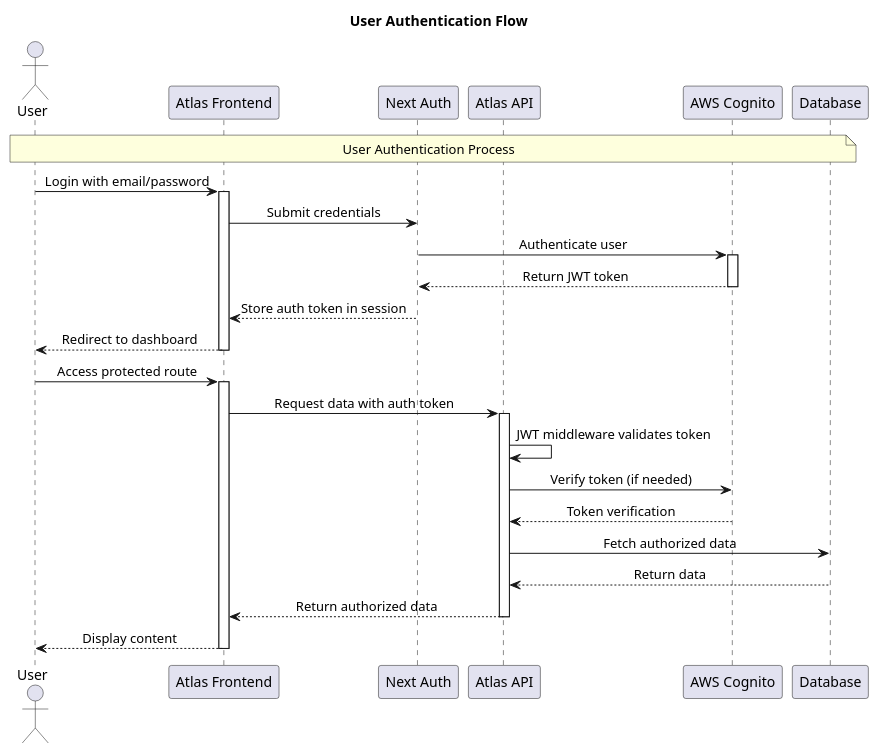
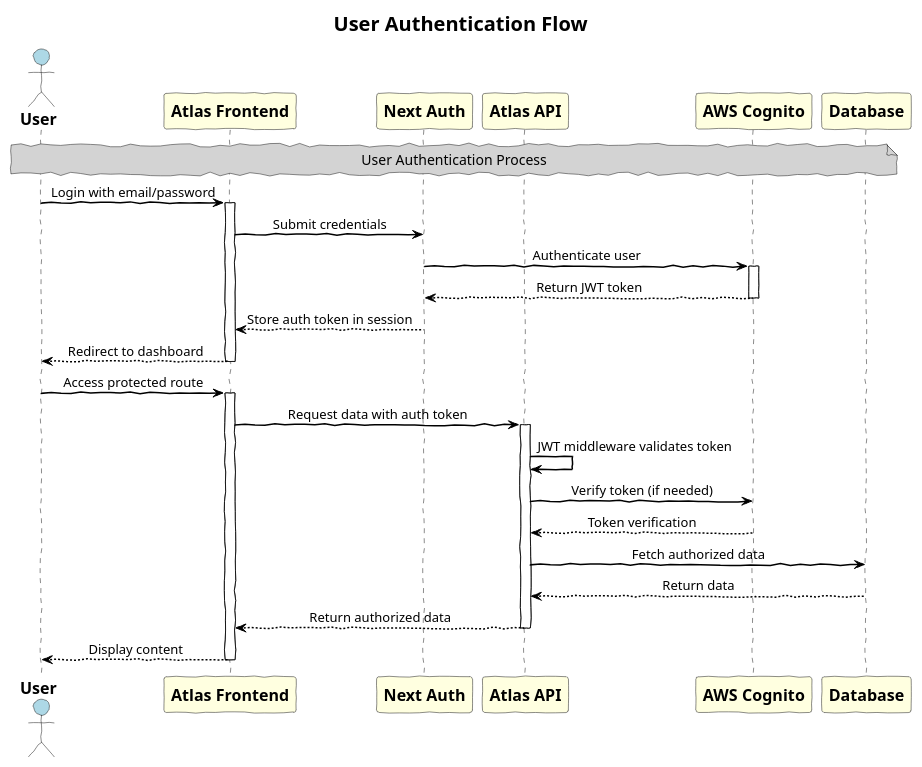
Before and after one commit to k-g-j/ll-sequence-diagrams: the diagram in plantuml-diagrams/atlas-auth-flow.puml, drawn with PlantUML. The commit also changed 10 other files, not shown here.

Commit message:
Update PlantUML diagrams with handwritten style and improved readability

```diff
--- a/plantuml-diagrams/atlas-auth-flow.puml
+++ b/plantuml-diagrams/atlas-auth-flow.puml
@@ -1,41 +1,59 @@
 @startuml
+' Use handwritten style with improved fonts and spacing
 skinparam sequenceMessageAlign center
 skinparam backgroundColor white
-skinparam handwritten false
+skinparam handwritten true
+skinparam defaultTextAlignment center
+
+' Fix fonts and arrow styling
+skinparam ArrowColor black
+skinparam ArrowThickness 1.5
+skinparam ParticipantFontSize 16
+skinparam ParticipantFontStyle bold
+skinparam ActorFontSize 16
+skinparam ActorFontStyle bold
+skinparam NoteFontSize 14
+skinparam TitleFontSize 20
+skinparam TitleFontStyle bold
+
+' Color participants for better visualization
+skinparam ActorBackgroundColor lightblue
+skinparam ParticipantBackgroundColor lightyellow
+skinparam NoteBackgroundColor lightgray
 
 title User Authentication Flow
 
 actor User
 participant "Atlas Frontend" as Frontend
 participant "Next Auth" as NextAuth
 participant "Atlas API" as API
 participant "AWS Cognito" as Cognito
 participant "Database" as DB
 
 note over User, DB: User Authentication Process
 
 User -> Frontend: Login with email/password
 activate Frontend
 Frontend -> NextAuth: Submit credentials
 NextAuth -> Cognito: Authenticate user
 activate Cognito
 Cognito --> NextAuth: Return JWT token
 deactivate Cognito
 NextAuth --> Frontend: Store auth token in session
 Frontend --> User: Redirect to dashboard
 deactivate Frontend
 
 User -> Frontend: Access protected route
 activate Frontend
 Frontend -> API: Request data with auth token
 activate API
 API -> API: JWT middleware validates token
 API -> Cognito: Verify token (if needed)
 Cognito --> API: Token verification
 API -> DB: Fetch authorized data
 DB --> API: Return data
 API --> Frontend: Return authorized data
 deactivate API
 Frontend --> User: Display content
 deactivate Frontend
 @enduml
```
